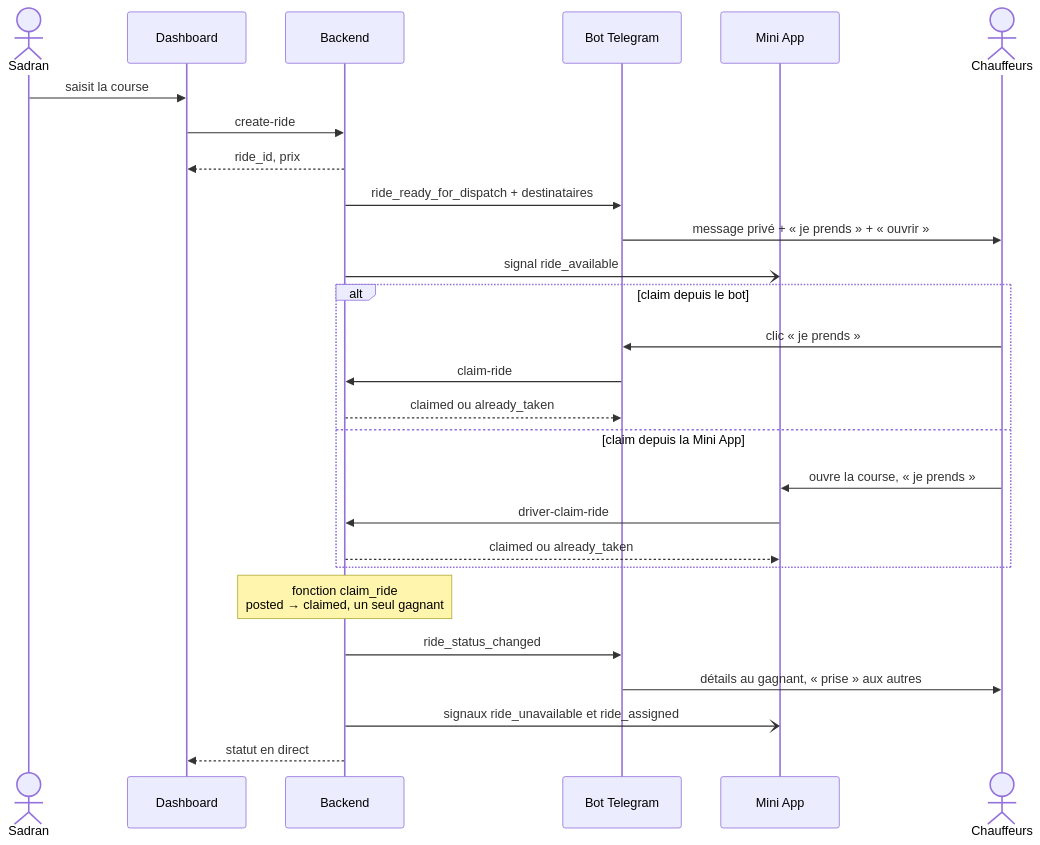
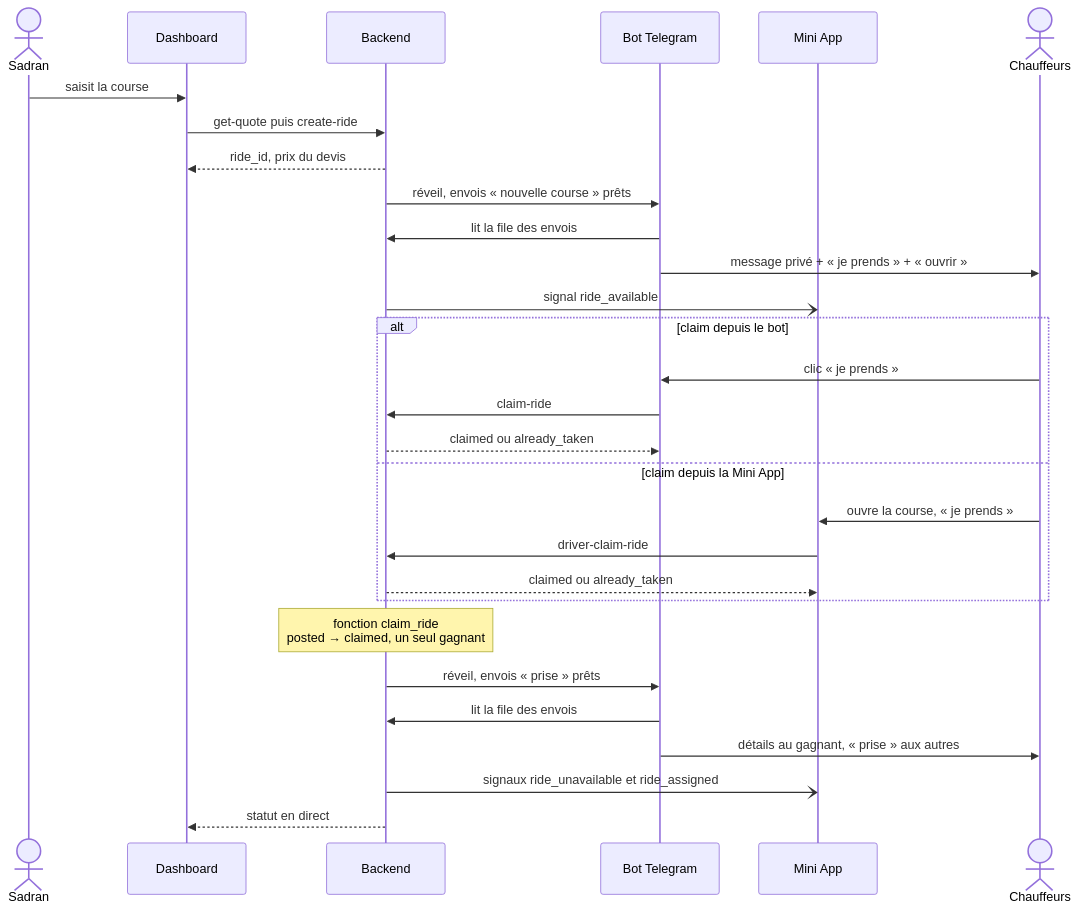
Before and after one commit to oren1996/driverss: the second of 5 diagrams in docs/ARCHITECTURE.md, drawn with Mermaid. The commit also changed other lines of this file and 12 other files, not shown here.

First line of the commit message:
docs: corrections après relecture critique (droits, envois du bot, devis, grand livre)

````diff
--- a/docs/ARCHITECTURE.md
+++ b/docs/ARCHITECTURE.md
@@ -102,30 +103,32 @@
 ```mermaid
 sequenceDiagram
     actor S as Sadran
     participant D as Dashboard
     participant B as Backend
     participant T as Bot Telegram
     participant M as Mini App
     actor C as Chauffeurs
 
     S->>D: saisit la course
-    D->>B: create-ride
-    B-->>D: ride_id, prix
-    B->>T: ride_ready_for_dispatch + destinataires
+    D->>B: get-quote puis create-ride
+    B-->>D: ride_id, prix du devis
+    B->>T: réveil, envois « nouvelle course » prêts
+    T->>B: lit la file des envois
     T->>C: message privé + « je prends » + « ouvrir »
     B-)M: signal ride_available
     alt claim depuis le bot
         C->>T: clic « je prends »
         T->>B: claim-ride
         B-->>T: claimed ou already_taken
     else claim depuis la Mini App
         C->>M: ouvre la course, « je prends »
         M->>B: driver-claim-ride
         B-->>M: claimed ou already_taken
     end
     Note over B: fonction claim_ride<br/>posted → claimed, un seul gagnant
-    B->>T: ride_status_changed
+    B->>T: réveil, envois « prise » prêts
+    T->>B: lit la file des envois
     T->>C: détails au gagnant, « prise » aux autres
     B-)M: signaux ride_unavailable et ride_assigned
     B-->>D: statut en direct
 ```
````
